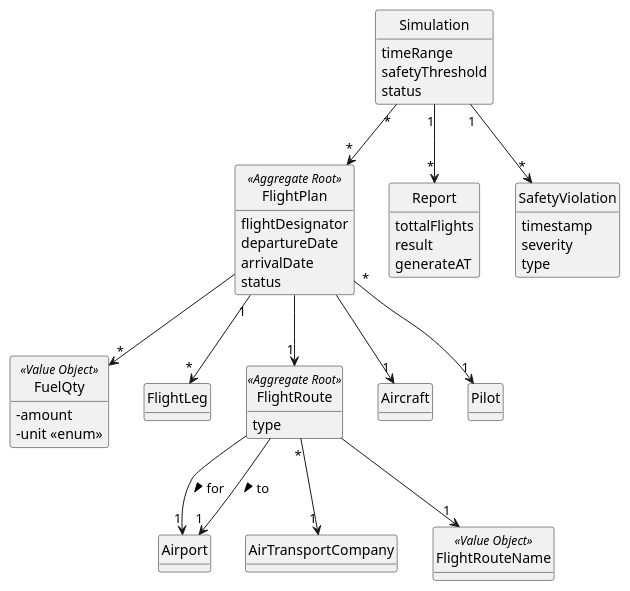
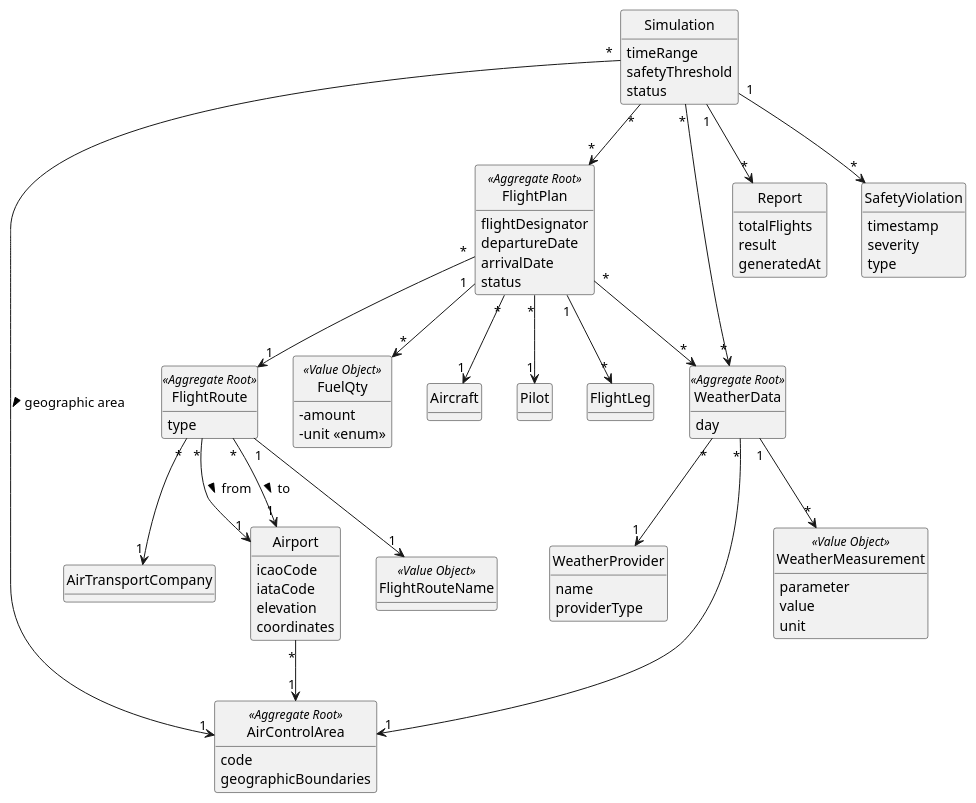
One commit to GustavoFerreira24/flight-management-platform changed the diagram in docs/global-artifacts/02.analysis/puml/DM.puml. Above: the diagram before and after it, drawn with PlantUML.

Commit message:
Enhance domain model with new entities, properties, and relationships adhering to DDD principles [#13]

```diff
--- a/docs/global-artifacts/02.analysis/puml/DM.puml
+++ b/docs/global-artifacts/02.analysis/puml/DM.puml
@@ -1,88 +1,118 @@
 @startuml
 skinparam monochrome true
 skinparam packageStyle rectangle
 skinparam shadowing false
 'skinparam linetype ortho
 'left to right direction
 skinparam classAttributeIconSize 0
 hide circle
 hide methods
 
 'title Domain Model
 
 class Simulation  {
     timeRange
     safetyThreshold
     status
 }
 
 class FlightPlan <<Aggregate Root>> {
     flightDesignator
     departureDate
     arrivalDate
     status
 }
 
 class FuelQty <<Value Object>> {
-        - amount
-        - unit <<enum>>
-    }
+    - amount
+    - unit <<enum>>
+}
 
 class FlightLeg {
 
 }
 
 class FlightRoute <<Aggregate Root>> {
     type
 }
 
 class Airport {
+    icaoCode
+    iataCode
+    elevation
+    coordinates
+}
 
+class AirControlArea <<Aggregate Root>> {
+    code
+    geographicBoundaries
 }
 
 class AirTransportCompany {
 
 }
 
 class Aircraft {
 
 }
 
 class FlightRouteName <<Value Object>> {
 
 }
 
 class Report {
-    tottalFlights
+    totalFlights
     result
-    generateAT
+    generatedAt
 }
 
-class Pilot{
+class Pilot {
 
 }
 
-class SafetyViolation{
+class SafetyViolation {
     timestamp
     severity
     type
 }
 
+class WeatherData <<Aggregate Root>> {
+    day
+}
+
+class WeatherMeasurement <<Value Object>> {
+    parameter
+    value
+    unit
+}
+
+class WeatherProvider {
+    name
+    providerType
+}
+
 Simulation "*" --> "*" FlightPlan
 Simulation "1" --> "*" Report
 Simulation "1" --> "*" SafetyViolation
+Simulation "*" --> "*" WeatherData
+Simulation "*" --> "1" AirControlArea : geographic area >
 
+FlightRoute "*" --> "1" Airport : from >
+FlightRoute "*" --> "1" Airport : to >
+FlightRoute "*" --> "1" AirTransportCompany
+FlightRoute "1" --> "1" FlightRouteName
 
-FlightRoute --> "1" Airport : for >
-FlightRoute --> "1" Airport : to >
-FlightRoute "*" --> "1" AirTransportCompany
-FlightRoute --> "1" FlightRouteName
+FlightPlan "*" --> "1" FlightRoute
+FlightPlan "*" --> "1" Pilot
+FlightPlan "*" --> "1" Aircraft
+FlightPlan "1" --> "*" FlightLeg
+FlightPlan "1" --> "*" FuelQty
+FlightPlan "*" --> "*" WeatherData
 
-FlightPlan --> "1" FlightRoute
-FlightPlan "*" --> "1" Pilot
-FlightPlan --> "1" Aircraft
-FlightPlan "1" --> "*" FlightLeg
-FlightPlan --> "*" FuelQty
+Airport "*" --> "1" AirControlArea
 
+WeatherData "*" --> "1" AirControlArea
+WeatherData "*" --> "1" WeatherProvider
+WeatherData "1" --> "*" WeatherMeasurement
 
 @enduml
```
